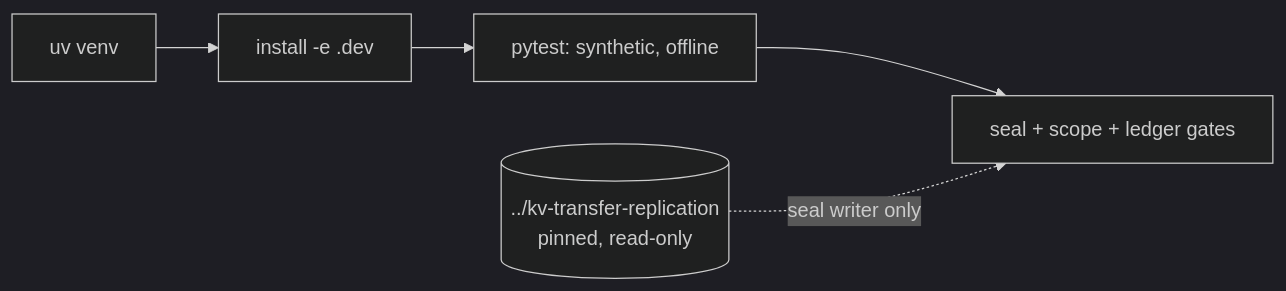
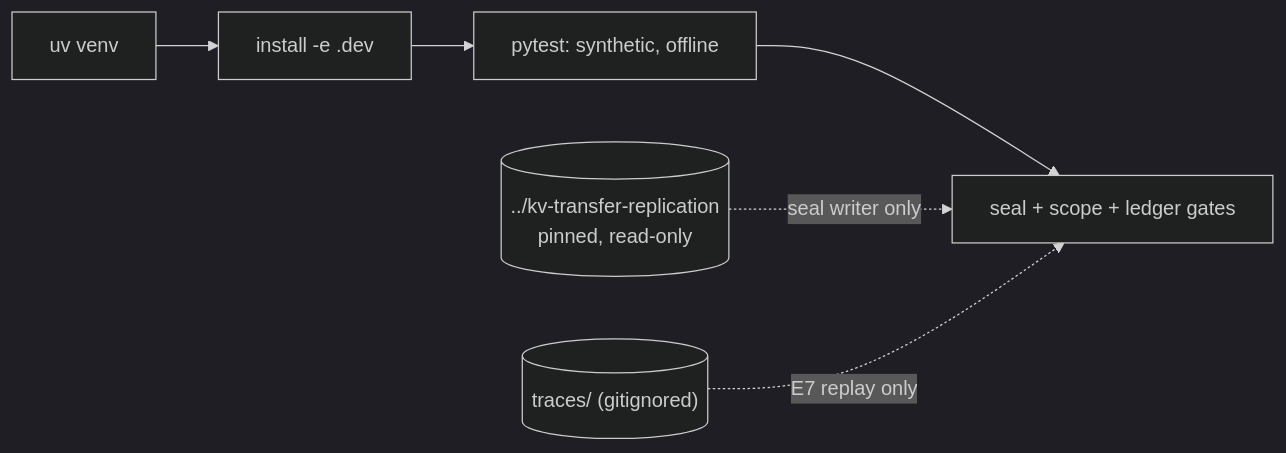
The fifth of 6 diagrams in README.md (hossainpazooki/linear-ceiling), drawn with Mermaid (dark theme) before and after one commit. The commit also changed other lines of this file and 3 other files, not shown here.

````diff
--- a/README.md
+++ b/README.md
@@ -96,5 +109,6 @@
 ```mermaid
 flowchart LR
     V[uv venv] --> D[install -e .dev] --> P[pytest: synthetic, offline] --> G[seal + scope + ledger gates]
     U[("../kv-transfer-replication<br/>pinned, read-only")] -.->|seal writer only| G
+    TR[("traces/ (gitignored)")] -.->|E7 replay only| G
 ```
````
